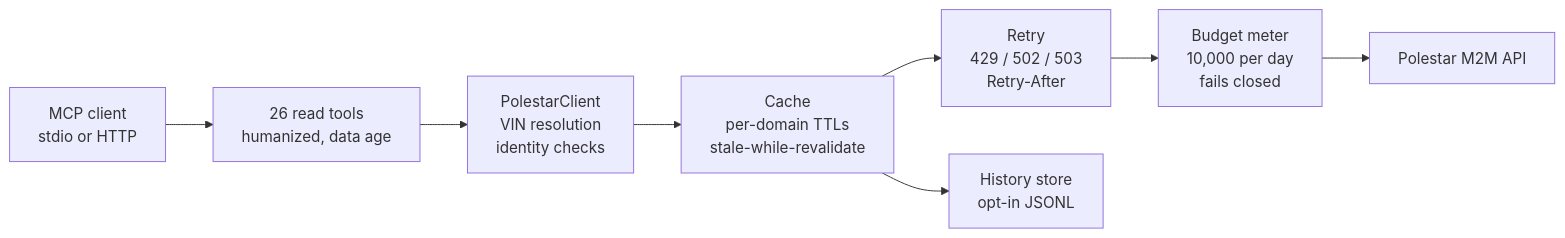
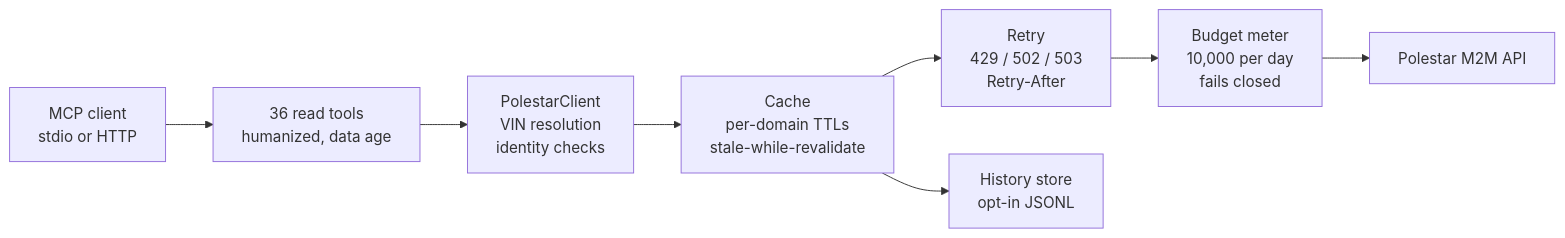
The diagram in README.md (NicolasKheirallah/polestar-mcp), drawn with Mermaid before and after one commit. The commit also changed other lines of this file and 48 other files, not shown here.

````diff
--- a/README.md
+++ b/README.md
@@ -145,10 +157,10 @@
 ```mermaid
 flowchart LR
-    C["MCP client<br/>stdio or HTTP"] --> T["26 read tools<br/>humanized, data age"]
+    C["MCP client<br/>stdio or HTTP"] --> T["36 read tools<br/>humanized, data age"]
     T --> K["PolestarClient<br/>VIN resolution<br/>identity checks"]
     K --> H["Cache<br/>per-domain TTLs<br/>stale-while-revalidate"]
     H --> R["Retry<br/>429 / 502 / 503<br/>Retry-After"]
     R --> B["Budget meter<br/>10,000 per day<br/>fails closed"]
     B --> P["Polestar M2M API"]
     H --> S["History store<br/>opt-in JSONL"]
 ```
````
